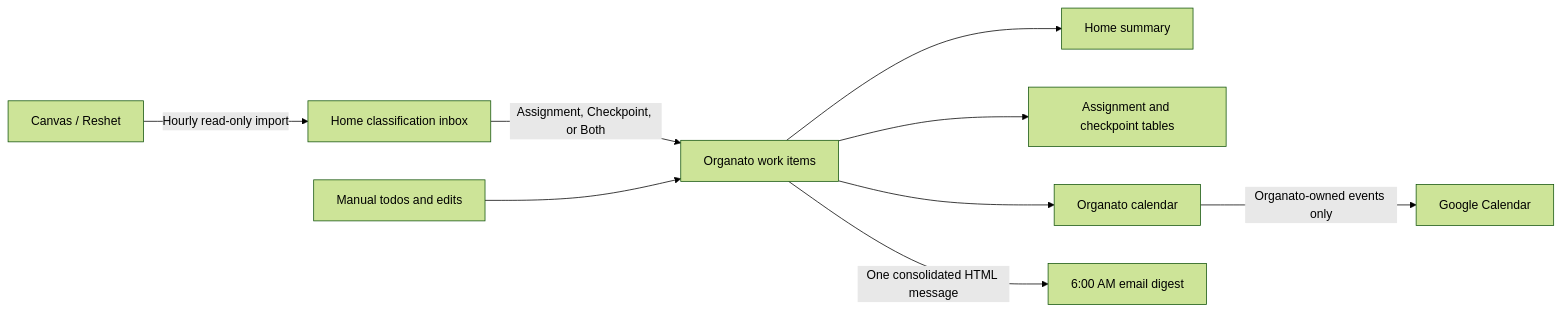
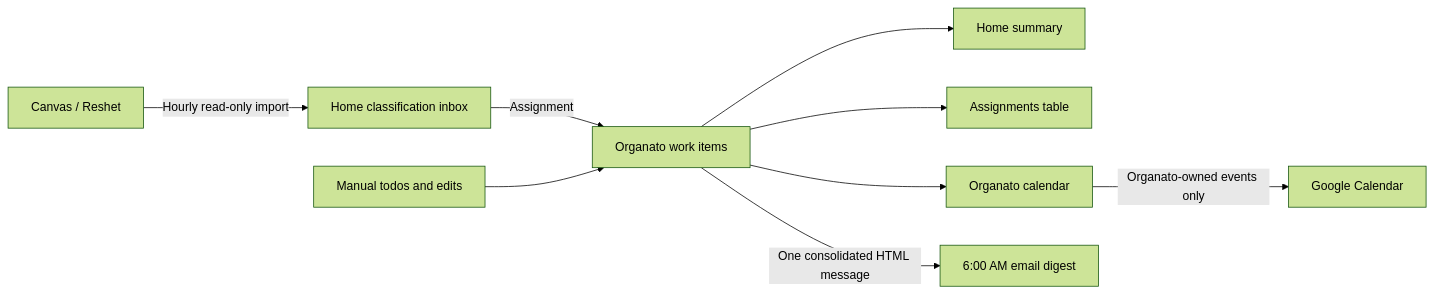
The diagram in README.md (etphli/organato), drawn with Mermaid (forest theme) before and after one commit. The commit also changed other lines of this file and 32 other files, not shown here.

````diff
--- a/README.md
+++ b/README.md
@@ -72,11 +72,11 @@
 ```mermaid
 flowchart LR
     Canvas["Canvas / Reshet"] -->|"Hourly read-only import"| Inbox["Home classification inbox"]
-    Inbox -->|"Assignment, Checkpoint, or Both"| Work["Organato work items"]
+    Inbox -->|"Assignment"| Work["Organato work items"]
     Manual["Manual todos and edits"] --> Work
     Work --> Home["Home summary"]
-    Work --> Tables["Assignment and checkpoint tables"]
+    Work --> Tables["Assignments table"]
     Work --> Calendar["Organato calendar"]
     Calendar -->|"Organato-owned events only"| Google["Google Calendar"]
     Work -->|"One consolidated HTML message"| Email["6:00 AM email digest"]
 ```
````
